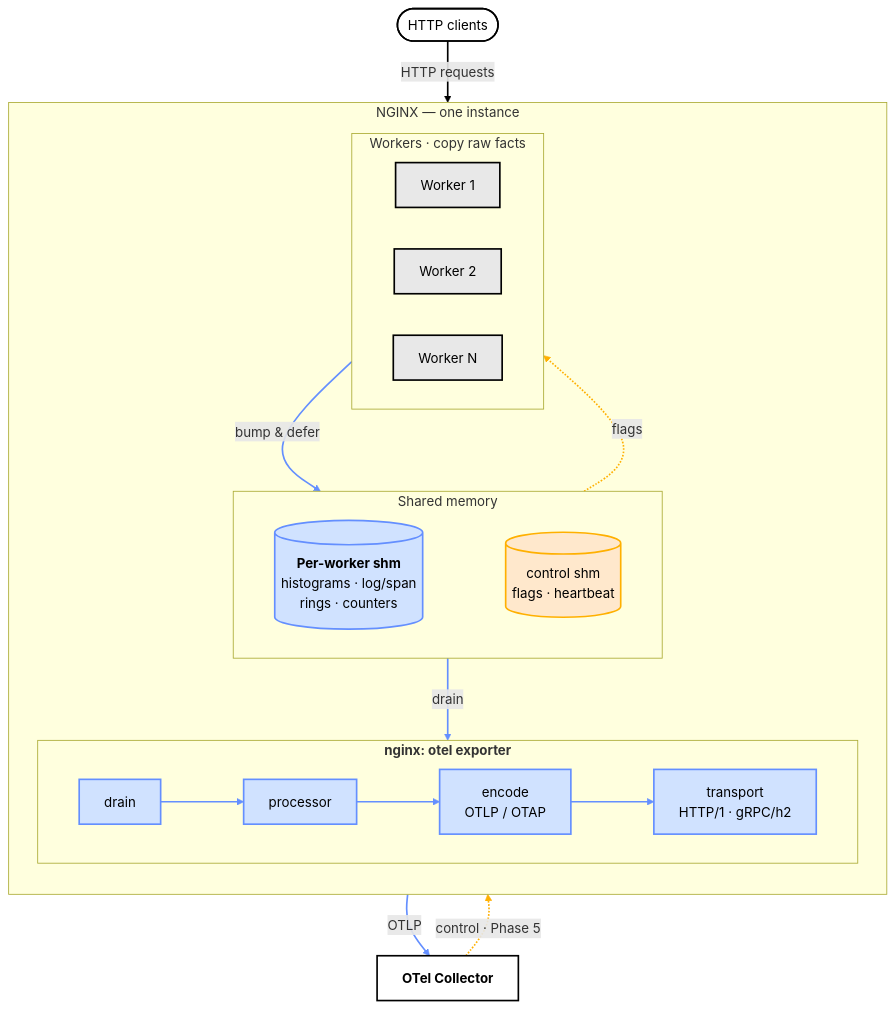
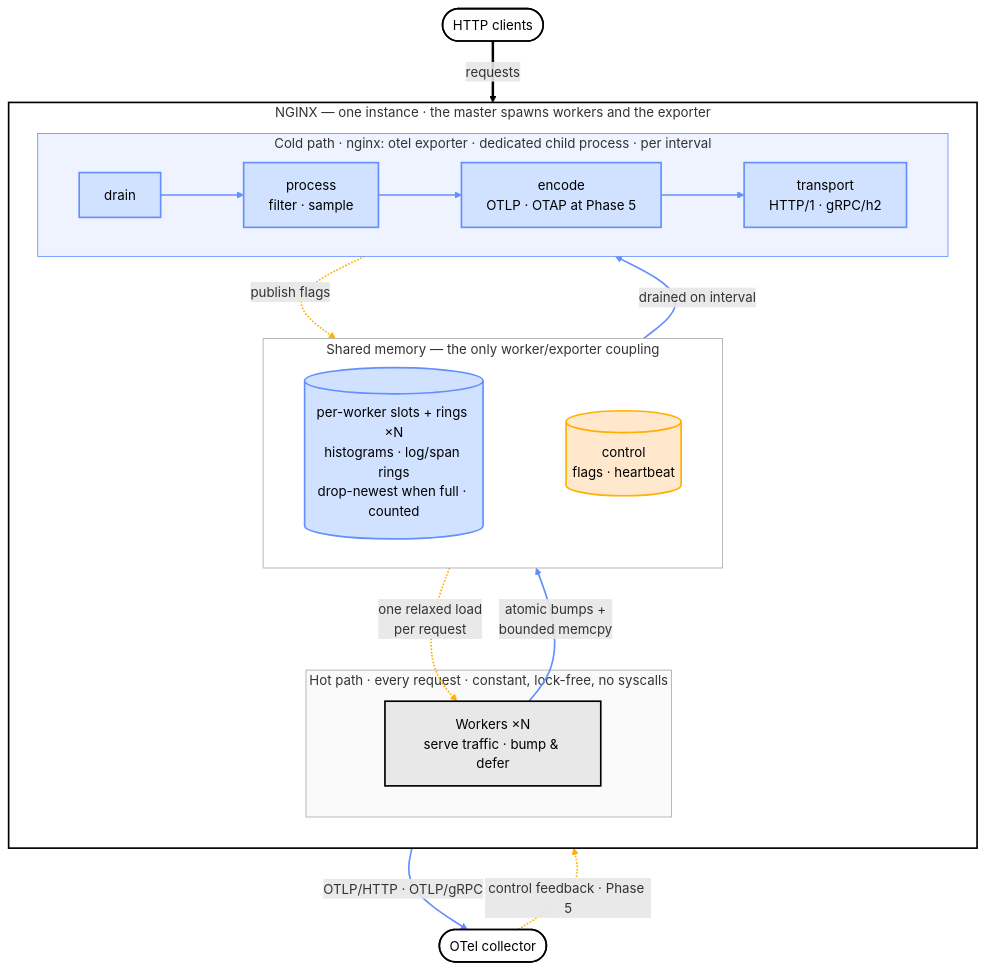
The diagram in README.md (CVanF5/ngx-otel-rust), drawn with Mermaid before and after one commit. The commit also changed other lines of this file, not shown here.

Commit message:
docs(readme): redesign architecture diagram as a hot/cold waterfall
Requests enter top-left and telemetry exits bottom-right. The two tinted bands carry the design thesis directly: hot path (grey, per-request, constant lock-free work) vs cold path (blue, one dedicated process, per-interval wire-format work), with shared memory as the only coupling. Three worker boxes collapsed to one x-N node; honesty annotations moved onto the diagram (drop-newest-counted rings, one relaxed load per request, OTAP and control feedback marked Phase 5); control loop completed with the exporter publish-flags edge; traffic edge thick black, telemetry blue, control dashed amber.

````diff
--- a/README.md
+++ b/README.md
@@ -63,42 +65,45 @@
 ```mermaid
 flowchart TB
     Client(["HTTP clients"]):::ext
 
-    subgraph NGINX["NGINX — one instance"]
+    subgraph NGINX["NGINX — one instance · the master spawns workers and the exporter"]
         direction TB
-        subgraph Workers["Workers · copy raw facts"]
+        subgraph Hot["Hot path · every request · constant, lock-free, no syscalls"]
+            Workers["Workers ×N<br/>serve traffic · bump &amp; defer"]:::data
+        end
+        subgraph Buf["Shared memory — the only worker/exporter coupling"]
             direction LR
-            W1["Worker 1"]:::data
-            W2["Worker 2"]:::data
-            W3["Worker N"]:::data
-        end
-        subgraph Shm["Shared memory"]
-            direction LR
-            SHM[("<b>Per-worker shm</b><br/>histograms · log/span<br/>rings · counters")]:::tel
-            Ctl[("control shm<br/>flags · heartbeat")]:::ctl
+            SHM[("per-worker slots + rings ×N<br/>histograms · log/span rings<br/>drop-newest when full · counted")]:::tel
+            Ctl[("control<br/>flags · heartbeat")]:::ctl
             SHM ~~~ Ctl
         end
-        subgraph Exporter["<b>nginx: otel exporter</b>"]
+        subgraph Cold["Cold path · nginx: otel exporter · dedicated child process · per interval"]
             direction LR
-            Drain["drain"]:::tel --> Proc["processor"]:::tel --> Encode["encode<br/>OTLP / OTAP"]:::tel --> Tx["transport<br/>HTTP/1 · gRPC/h2"]:::tel
+            Drain["drain"]:::tel --> Proc["process<br/>filter · sample"]:::tel --> Encode["encode<br/>OTLP · OTAP at Phase 5"]:::tel --> Tx["transport<br/>HTTP/1 · gRPC/h2"]:::tel
         end
     end
 
-    Coll["<b>OTel Collector</b>"]:::ext
+    Coll(["OTel collector"]):::ext
 
-    Client -->|"HTTP requests"| Workers
-    Workers -->|"bump &amp; defer"| SHM
-    SHM -->|"drain"| Drain
-    Tx -->|"OTLP"| Coll
-    Coll -.->|"control · Phase 5"| Tx
-    Ctl -.->|"flags"| Workers
+    Client ==>|"requests"| Workers
+    Workers -->|"atomic bumps +<br/>bounded memcpy"| SHM
+    SHM -->|"drained on interval"| Drain
+    Tx -->|"OTLP/HTTP · OTLP/gRPC"| Coll
+    Cold -.->|"publish flags"| Ctl
+    Ctl -.->|"one relaxed load<br/>per request"| Workers
+    Coll -.->|"control feedback · Phase 5"| Tx
 
     classDef data fill:#e8e8e8,stroke:#000000,stroke-width:2px,color:#000000;
     classDef tel fill:#d0e2ff,stroke:#648FFF,stroke-width:2px,color:#000000;
     classDef ctl fill:#ffe8cc,stroke:#FFB000,stroke-width:2px,color:#000000;
     classDef ext fill:#ffffff,stroke:#000000,stroke-width:2px,color:#000000;
 
+    style Hot fill:#fafafa,stroke:#aaaaaa,stroke-width:1px;
+    style Buf fill:#ffffff,stroke:#aaaaaa,stroke-width:1px;
+    style Cold fill:#eef3ff,stroke:#648FFF,stroke-width:1px;
+    style NGINX fill:#ffffff,stroke:#000000,stroke-width:2px;
+
     linkStyle 1,2,3,5,6,7 stroke:#648FFF,stroke-width:2px;
-    linkStyle 4 stroke:#000000,stroke-width:2px;
-    linkStyle 8,9 stroke:#FFB000,stroke-width:2px;
+    linkStyle 4 stroke:#000000,stroke-width:3px;
+    linkStyle 8,9,10 stroke:#FFB000,stroke-width:2px;
 ```
````
